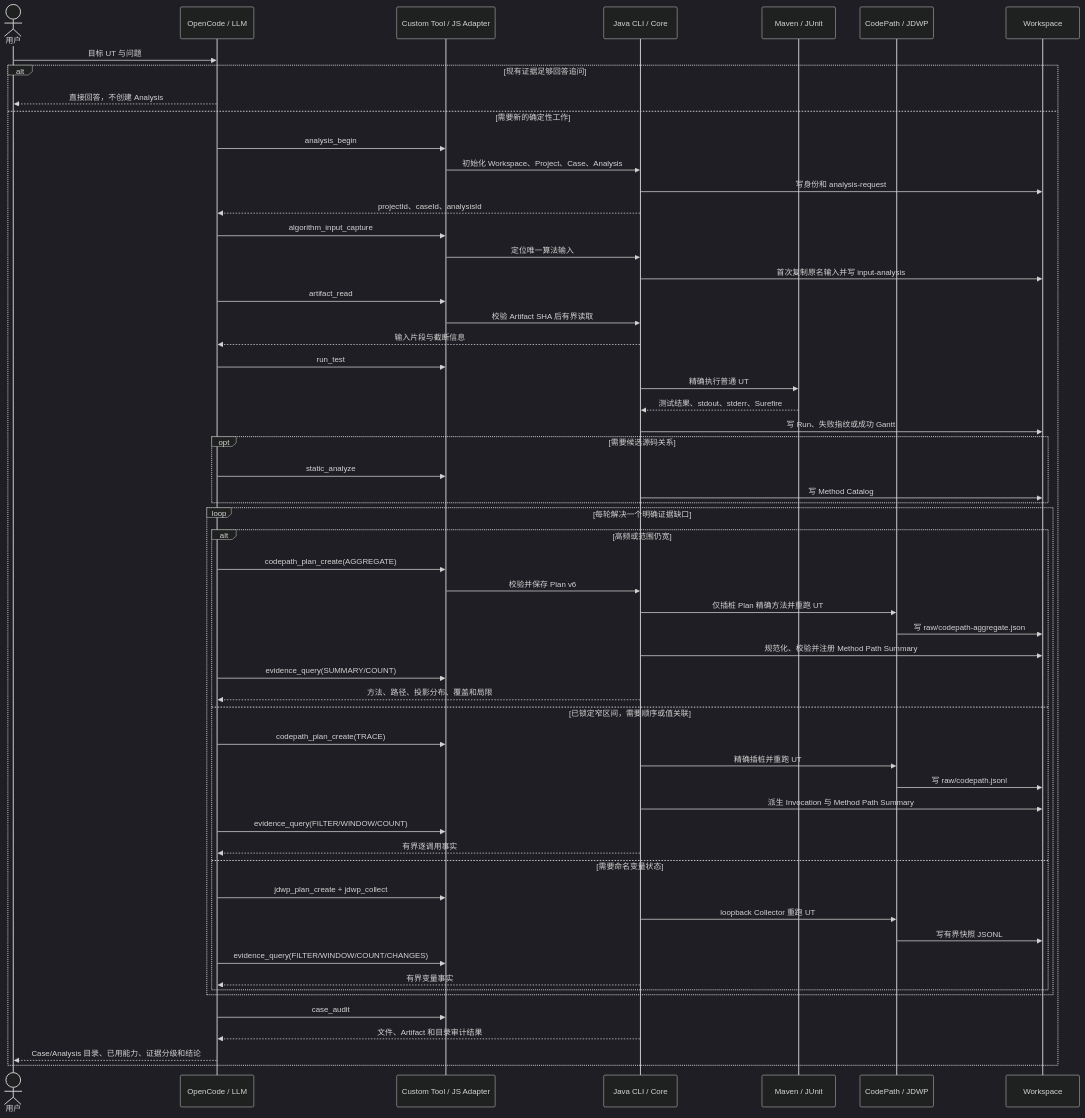
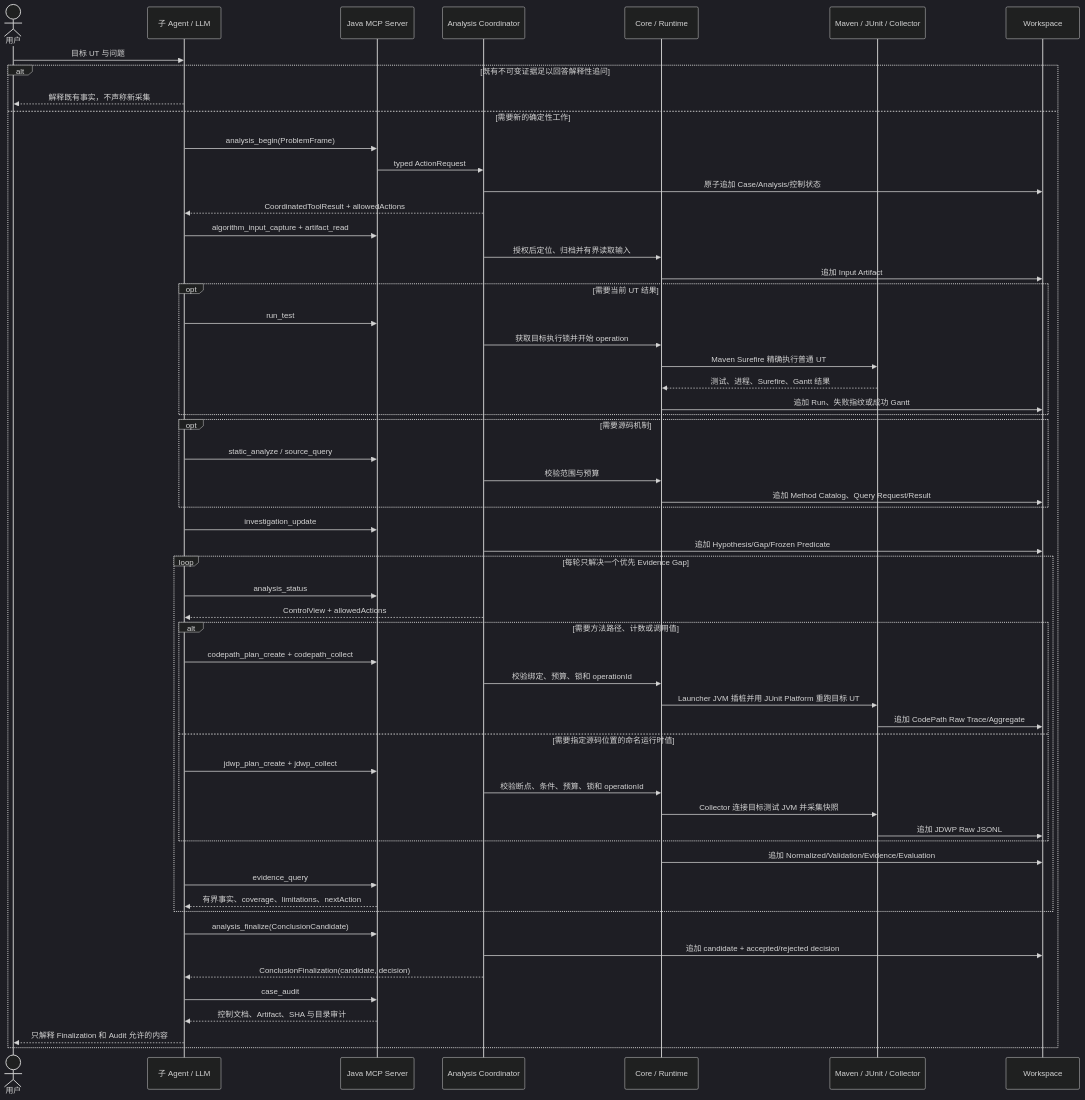
Before and after one commit to mh90901119-oss/algorithm-debug-agent: the diagram in docs/algorithm-debug-workflow-and-artifacts.md, drawn with Mermaid (dark theme). The commit also changed other lines of this file and 42 other files, not shown here.

````diff
--- a/docs/algorithm-debug-workflow-and-artifacts.md
+++ b/docs/algorithm-debug-workflow-and-artifacts.md
@@ -20,61 +23,61 @@
 ```mermaid
 sequenceDiagram
     actor U as 用户
-    participant L as OpenCode / LLM
-    participant T as Custom Tool / JS Adapter
-    participant A as Java CLI / Core
-    participant M as Maven / JUnit
-    participant C as CodePath / JDWP
+    participant L as 子 Agent / LLM
+    participant M as Java MCP Server
+    participant A as Analysis Coordinator
+    participant R as Core / Runtime
+    participant T as Maven / JUnit / Collector
     participant W as Workspace
 
     U->>L: 目标 UT 与问题
-    alt 现有证据足够回答追问
-        L-->>U: 直接回答，不创建 Analysis
+    alt 既有不可变证据足以回答解释性追问
+        L-->>U: 解释既有事实，不声称新采集
     else 需要新的确定性工作
-        L->>T: analysis_begin
-        T->>A: 初始化 Workspace、Project、Case、Analysis
-        A->>W: 写身份和 analysis-request
-        A-->>L: projectId、caseId、analysisId
-        L->>T: algorithm_input_capture
-        T->>A: 定位唯一算法输入
-        A->>W: 首次复制原名输入并写 input-analysis
-        L->>T: artifact_read
-        T->>A: 校验 Artifact SHA 后有界读取
-        A-->>L: 输入片段与截断信息
-        L->>T: run_test
-        A->>M: 精确执行普通 UT
-        M-->>A: 测试结果、stdout、stderr、Surefire
-        A->>W: 写 Run、失败指纹或成功 Gantt
-        opt 需要候选源码关系
-            L->>T: static_analyze
-            A->>W: 写 Method Catalog
+        L->>M: analysis_begin(ProblemFrame)
+        M->>A: typed ActionRequest
+        A->>W: 原子追加 Case/Analysis/控制状态
+        A-->>L: CoordinatedToolResult + allowedActions
+        L->>M: algorithm_input_capture + artifact_read
+        A->>R: 授权后定位、归档并有界读取输入
+        R->>W: 追加 Input Artifact
+        opt 需要当前 UT 结果
+            L->>M: run_test
+            A->>R: 获取目标执行锁并开始 operation
+            R->>T: Maven Surefire 精确执行普通 UT
+            T-->>R: 测试、进程、Surefire、Gantt 结果
+            R->>W: 追加 Run、失败指纹或成功 Gantt
         end
-        loop 每轮解决一个明确证据缺口
-            alt 高频或范围仍宽
-                L->>T: codepath_plan_create(AGGREGATE)
-                T->>A: 校验并保存 Plan v6
-                A->>C: 仅插桩 Plan 精确方法并重跑 UT
-                C->>W: 写 raw/codepath-aggregate.json
-                A->>W: 规范化、校验并注册 Method Path Summary
-                L->>T: evidence_query(SUMMARY/COUNT)
-                A-->>L: 方法、路径、投影分布、覆盖和局限
-            else 已锁定窄区间，需要顺序或值关联
-                L->>T: codepath_plan_create(TRACE)
-                A->>C: 精确插桩并重跑 UT
-                C->>W: 写 raw/codepath.jsonl
-                A->>W: 派生 Invocation 与 Method Path Summary
-                L->>T: evidence_query(FILTER/WINDOW/COUNT)
-                A-->>L: 有界逐调用事实
-            else 需要命名变量状态
-                L->>T: jdwp_plan_create + jdwp_collect
-                A->>C: loopback Collector 重跑 UT
-                C->>W: 写有界快照 JSONL
-                L->>T: evidence_query(FILTER/WINDOW/COUNT/CHANGES)
-                A-->>L: 有界变量事实
+        opt 需要源码机制
+            L->>M: static_analyze / source_query
+            A->>R: 校验范围与预算
+            R->>W: 追加 Method Catalog、Query Request/Result
+        end
+        L->>M: investigation_update
+        A->>W: 追加 Hypothesis/Gap/Frozen Predicate
+        loop 每轮只解决一个优先 Evidence Gap
+            L->>M: analysis_status
+            A-->>L: ControlView + allowedActions
+            alt 需要方法路径、计数或调用值
+                L->>M: codepath_plan_create + codepath_collect
+                A->>R: 校验绑定、预算、锁和 operationId
+                R->>T: Launcher JVM 插桩并用 JUnit Platform 重跑目标 UT
+                T->>W: 追加 CodePath Raw Trace/Aggregate
+            else 需要指定源码位置的命名运行时值
+                L->>M: jdwp_plan_create + jdwp_collect
+                A->>R: 校验断点、条件、预算、锁和 operationId
+                R->>T: Collector 连接目标测试 JVM 并采集快照
+                T->>W: 追加 JDWP Raw JSONL
             end
+            R->>W: 追加 Normalized/Validation/Evidence/Evaluation
+            L->>M: evidence_query
+            M-->>L: 有界事实、coverage、limitations、nextAction
         end
-        L->>T: case_audit
-        A-->>L: 文件、Artifact 和目录审计结果
-        L-->>U: Case/Analysis 目录、已用能力、证据分级和结论
+        L->>M: analysis_finalize(ConclusionCandidate)
+        A->>W: 追加 candidate + accepted/rejected decision
+        A-->>L: ConclusionFinalization(candidate, decision)
+        L->>M: case_audit
+        M-->>L: 控制文档、Artifact、SHA 与目录审计
+        L-->>U: 只解释 Finalization 和 Audit 允许的内容
     end
 ```
````
